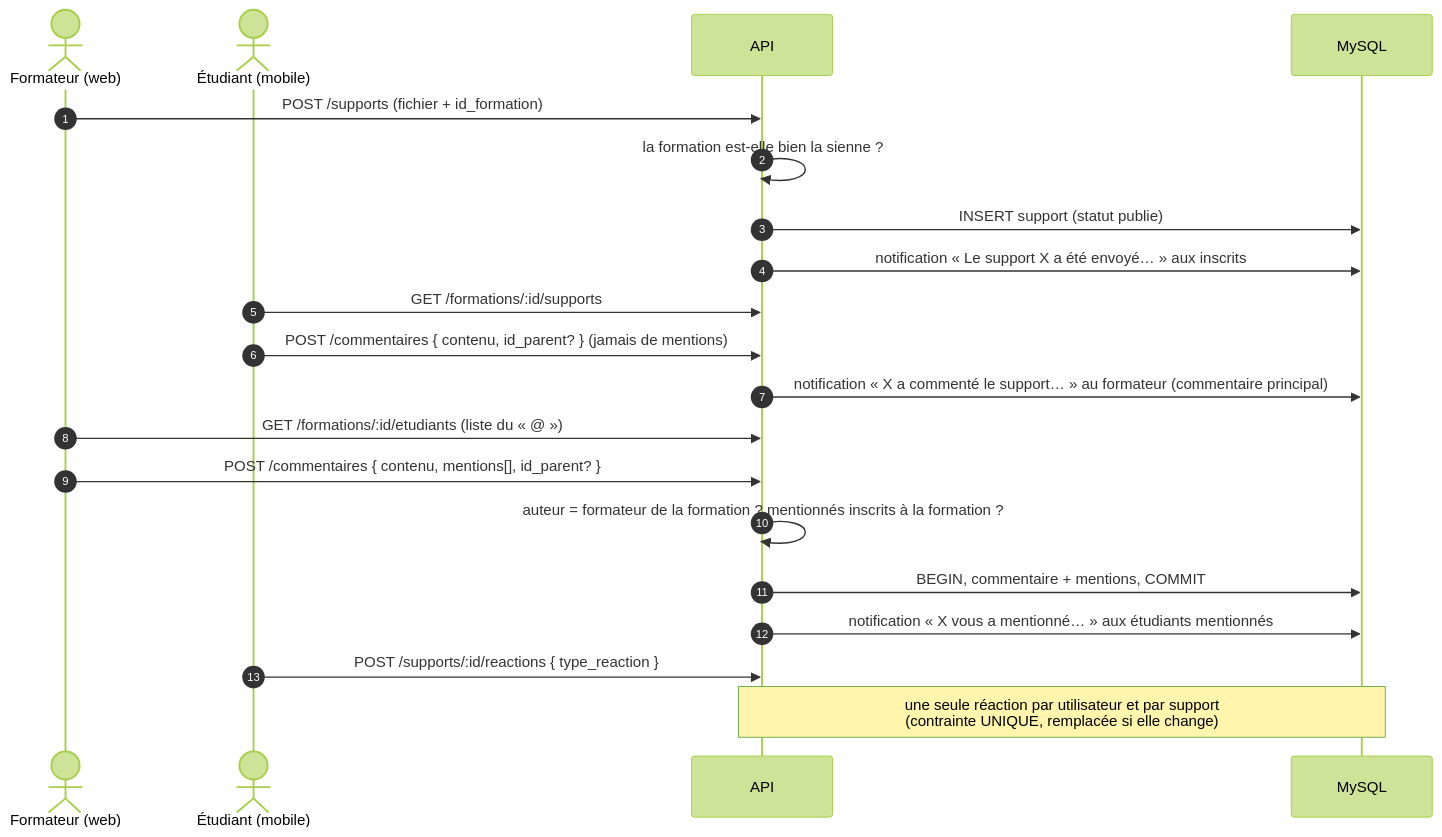
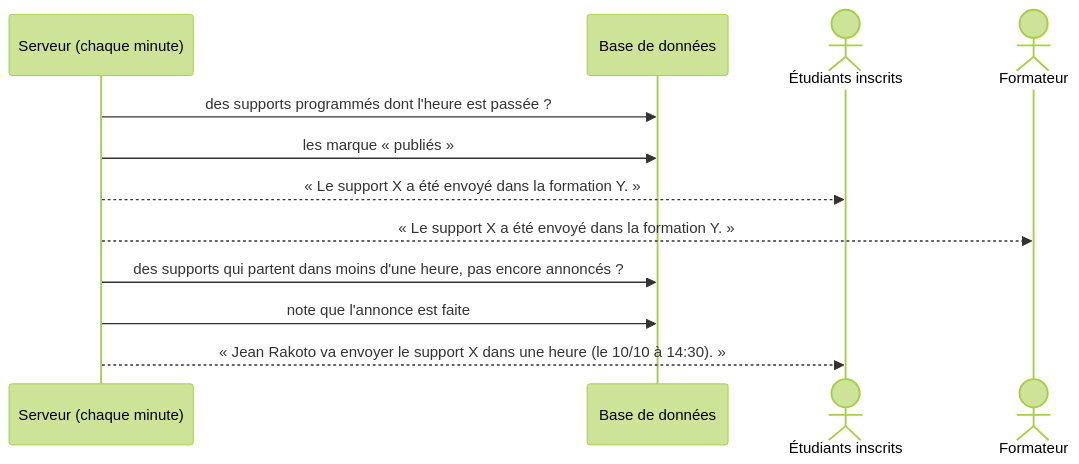
One commit to eliaTolojanahary/gestionFormation_stage changed diagram 15 of 23 in FLUX-APPLICATION.md. Above: the diagram before and after it, drawn with Mermaid (forest theme). The commit also changed other lines of this file and 69 other files, not shown here.

````diff
--- a/FLUX-APPLICATION.md
+++ b/FLUX-APPLICATION.md
@@ -944,23 +1391,14 @@
 ```mermaid
 sequenceDiagram
-    autonumber
-    actor F as Formateur (web)
-    actor E as Étudiant (mobile)
-    participant API
-    participant DB as MySQL
-
-    F->>API: POST /supports (fichier + id_formation)
-    API->>API: la formation est-elle bien la sienne ?
-    API->>DB: INSERT support (statut publie)
-    API->>DB: notification « Le support X a été envoyé… » aux inscrits
-    E->>API: GET /formations/:id/supports
-    E->>API: POST /commentaires { contenu, id_parent? } (jamais de mentions)
-    API->>DB: notification « X a commenté le support… » au formateur (commentaire principal)
-    F->>API: GET /formations/:id/etudiants (liste du « @ »)
-    F->>API: POST /commentaires { contenu, mentions[], id_parent? }
-    API->>API: auteur = formateur de la formation ? mentionnés inscrits à la formation ?
-    API->>DB: BEGIN, commentaire + mentions, COMMIT
-    API->>DB: notification « X vous a mentionné… » aux étudiants mentionnés
-    E->>API: POST /supports/:id/reactions { type_reaction }
-    Note over API,DB: une seule réaction par utilisateur et par support<br/>(contrainte UNIQUE, remplacée si elle change)
+    participant P as Serveur (chaque minute)
+    participant DB as Base de données
+    actor E as Étudiants inscrits
+    actor F as Formateur
+    P->>DB: des supports programmés dont l'heure est passée ?
+    P->>DB: les marque « publiés »
+    P-->>E: « Le support X a été envoyé dans la formation Y. »
+    P-->>F: « Le support X a été envoyé dans la formation Y. »
+    P->>DB: des supports qui partent dans moins d'une heure, pas encore annoncés ?
+    P->>DB: note que l'annonce est faite
+    P-->>E: « Jean Rakoto va envoyer le support X dans une heure (le 10/10 à 14:30). »
 ```
````
